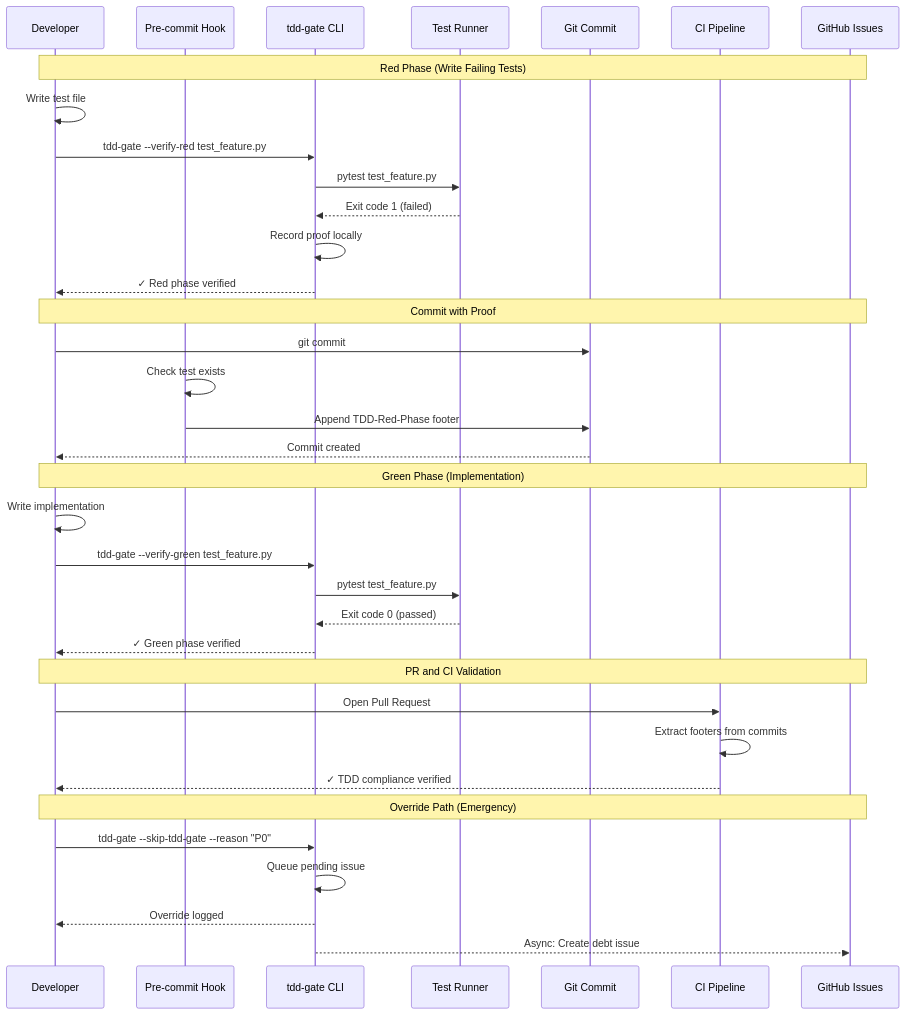
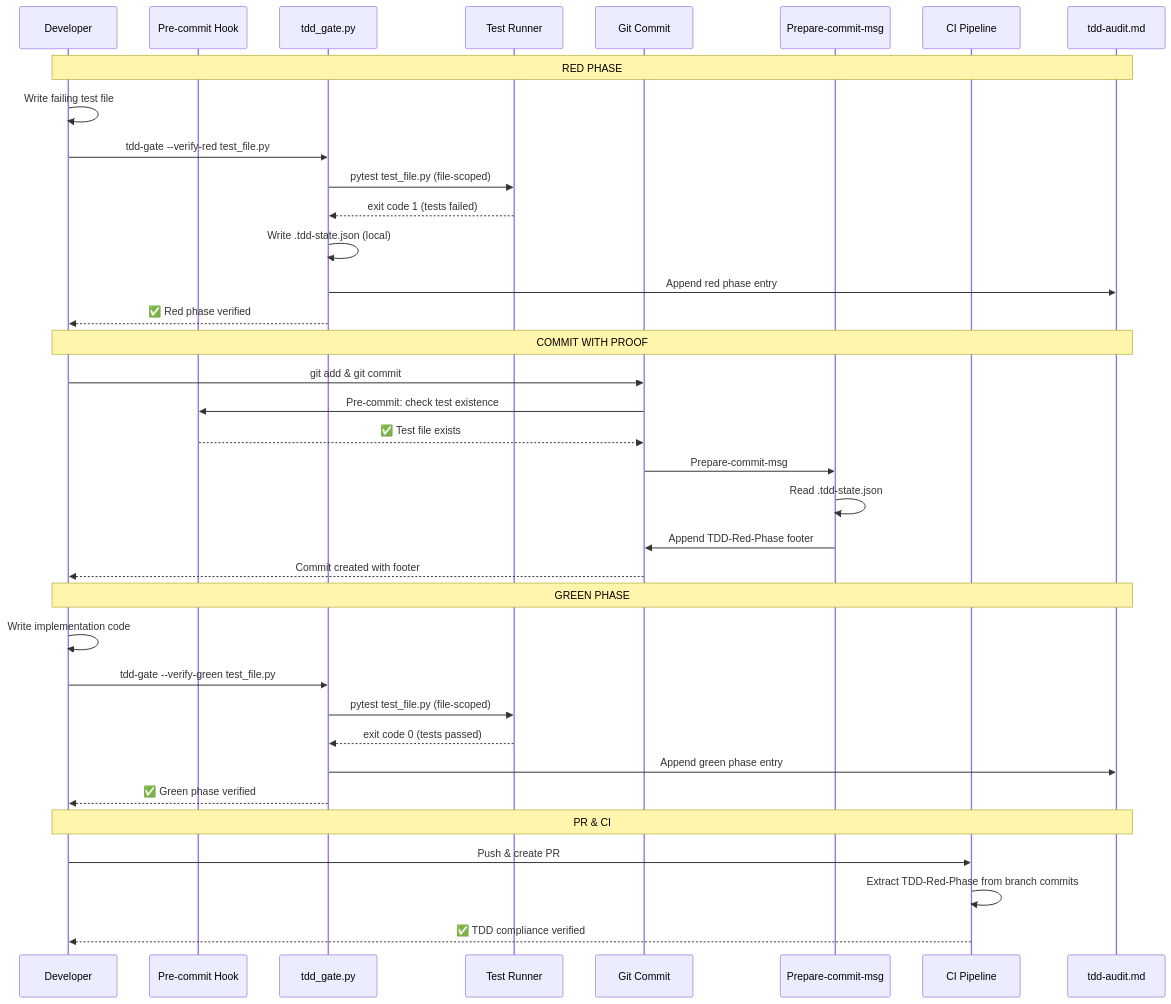
The first of 2 diagrams in docs/lineage/active/102-lld-n1/002-draft.md (martymcenroe/AssemblyZero), drawn with Mermaid before and after one commit. The commit also changed other lines of this file and 18 other files, not shown here.

````diff
--- a/docs/lineage/active/102-lld-n1/002-draft.md
+++ b/docs/lineage/active/102-lld-n1/002-draft.md
@@ -400,42 +828,42 @@
 ```mermaid
 sequenceDiagram
     participant Dev as Developer
     participant Hook as Pre-commit Hook
-    participant Gate as tdd-gate CLI
+    participant Gate as tdd_gate.py
     participant Runner as Test Runner
     participant Git as Git Commit
+    participant PMH as Prepare-commit-msg
     participant CI as CI Pipeline
-    participant GH as GitHub Issues
+    participant Audit as tdd-audit.md
 
-    Note over Dev,GH: Red Phase (Write Failing Tests)
-    Dev->>Dev: Write test file
-    Dev->>Gate: tdd-gate --verify-red test_feature.py
-    Gate->>Runner: pytest test_feature.py
-    Runner-->>Gate: Exit code 1 (failed)
-    Gate->>Gate: Record proof locally
-    Gate-->>Dev: ✓ Red phase verified
+    Note over Dev,Audit: RED PHASE
+    Dev->>Dev: Write failing test file
+    Dev->>Gate: tdd-gate --verify-red test_file.py
+    Gate->>Runner: pytest test_file.py (file-scoped)
+    Runner-->>Gate: exit code 1 (tests failed)
+    Gate->>Gate: Write .tdd-state.json (local)
+    Gate->>Audit: Append red phase entry
+    Gate-->>Dev: ✅ Red phase verified
 
-    Note over Dev,GH: Commit with Proof
-    Dev->>Git: git commit
-    Hook->>Hook: Check test exists
-    Hook->>Git: Append TDD-Red-Phase footer
-    Git-->>Dev: Commit created
+    Note over Dev,Audit: COMMIT WITH PROOF
+    Dev->>Git: git add & git commit
+    Git->>Hook: Pre-commit: check test existence
+    Hook-->>Git: ✅ Test file exists
+    Git->>PMH: Prepare-commit-msg
+    PMH->>PMH: Read .tdd-state.json
+    PMH->>Git: Append TDD-Red-Phase footer
+    Git-->>Dev: Commit created with footer
 
-    Note over Dev,GH: Green Phase (Implementation)
-    Dev->>Dev: Write implementation
-    Dev->>Gate: tdd-gate --verify-green test_feature.py
-    Gate->>Runner: pytest test_feature.py
-    Runner-->>Gate: Exit code 0 (passed)
-    Gate-->>Dev: ✓ Green phase verified
+    Note over Dev,Audit: GREEN PHASE
+    Dev->>Dev: Write implementation code
+    Dev->>Gate: tdd-gate --verify-green test_file.py
+    Gate->>Runner: pytest test_file.py (file-scoped)
+    Runner-->>Gate: exit code 0 (tests passed)
+    Gate->>Audit: Append green phase entry
+    Gate-->>Dev: ✅ Green phase verified
 
-    Note over Dev,GH: PR and CI Validation
-    Dev->>CI: Open Pull Request
-    CI->>CI: Extract footers from commits
-    CI-->>Dev: ✓ TDD compliance verified
-
-    Note over Dev,GH: Override Path (Emergency)
-    Dev->>Gate: tdd-gate --skip-tdd-gate --reason "P0"
-    Gate->>Gate: Queue pending issue
-    Gate-->>Dev: Override logged
-    Gate-->>GH: Async: Create debt issue
+    Note over Dev,Audit: PR & CI
+    Dev->>CI: Push & create PR
+    CI->>CI: Extract TDD-Red-Phase from branch commits
+    CI-->>Dev: ✅ TDD compliance verified
 ```
````
